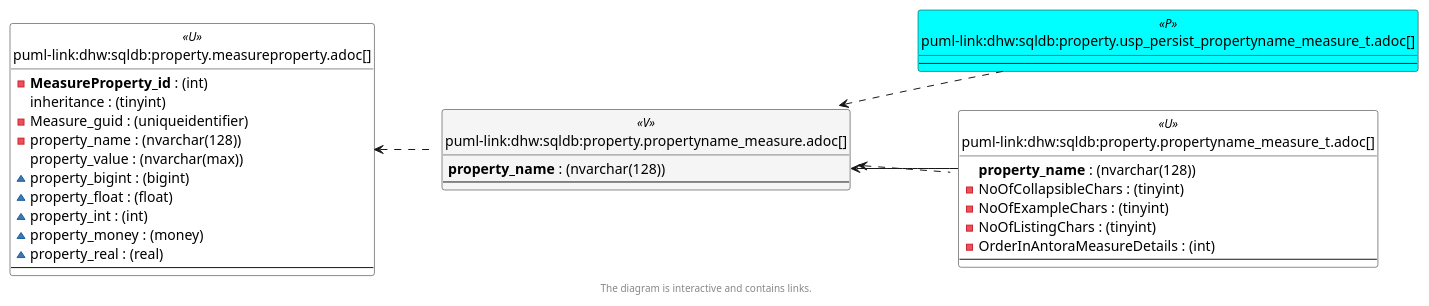
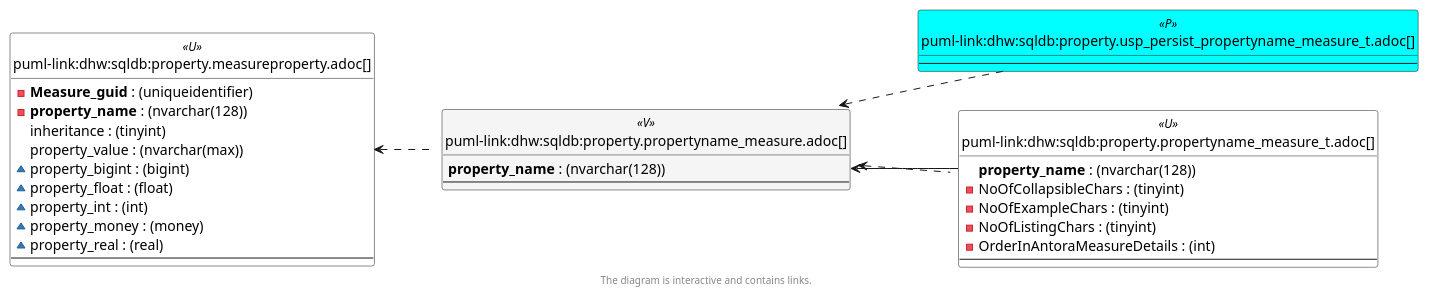
One commit to DataHandwerk/dhw-antora-sqldb changed the sixth of 6 diagrams in docs/modules/sqldb/partials/content/property.propertyname_measure.adoc. Above: the diagram before and after it, drawn with PlantUML. The commit also changed other lines of this file and 751 other files, not shown here.

```diff
--- a/docs/modules/sqldb/partials/content/property.propertyname_measure.adoc
+++ b/docs/modules/sqldb/partials/content/property.propertyname_measure.adoc
@@ -849,71 +851,70 @@
 [plantuml, entity_1_1_colref-{docname}, svg, subs=macros]
 ....
 @startuml
 left to right direction
 'top to bottom direction
 hide circle
 'avoide "." issues:
 set namespaceSeparator none
 
 
 skinparam class {
   BackgroundColor White
   BackgroundColor<<FN>> Yellow
   BackgroundColor<<FS>> Yellow
   BackgroundColor<<FT>> LightGray
   BackgroundColor<<IF>> Yellow
   BackgroundColor<<IS>> Yellow
   BackgroundColor<<P>>  Aqua
   BackgroundColor<<PC>> Aqua
   BackgroundColor<<SN>> Yellow
   BackgroundColor<<SO>> SlateBlue
   BackgroundColor<<TF>> LightGray
   BackgroundColor<<TR>> Tomato
   BackgroundColor<<U>>  White
   BackgroundColor<<V>>  WhiteSmoke
   BackgroundColor<<X>>  Aqua
   BackgroundColor<<external>> AliceBlue
 }
 
 
 entity "puml-link:dhw:sqldb:property.measureproperty.adoc[]" as property.MeasureProperty << U >> {
-  - **MeasureProperty_id** : (int)
+  - **Measure_guid** : (uniqueidentifier)
+  - **property_name** : (nvarchar(128))
   inheritance : (tinyint)
-  - Measure_guid : (uniqueidentifier)
-  - property_name : (nvarchar(128))
   property_value : (nvarchar(max))
   ~ property_bigint : (bigint)
   ~ property_float : (float)
   ~ property_int : (int)
   ~ property_money : (money)
   ~ property_real : (real)
   --
 }
 
 entity "puml-link:dhw:sqldb:property.propertyname_measure.adoc[]" as property.PropertyName_Measure << V >> {
   **property_name** : (nvarchar(128))
   --
 }
 
 entity "puml-link:dhw:sqldb:property.propertyname_measure_t.adoc[]" as property.PropertyName_Measure_T << U >> {
   **property_name** : (nvarchar(128))
   - NoOfCollapsibleChars : (tinyint)
   - NoOfExampleChars : (tinyint)
   - NoOfListingChars : (tinyint)
   - OrderInAntoraMeasureDetails : (int)
   --
 }
 
 entity "puml-link:dhw:sqldb:property.usp_persist_propertyname_measure_t.adoc[]" as property.usp_PERSIST_PropertyName_Measure_T << P >> {
   --
 }
 
 property.MeasureProperty <.. property.PropertyName_Measure
 property.PropertyName_Measure <.. property.PropertyName_Measure_T
 property.PropertyName_Measure <.. property.usp_PERSIST_PropertyName_Measure_T
 "property.PropertyName_Measure::property_name" <-- "property.PropertyName_Measure_T::property_name"
 
 footer The diagram is interactive and contains links.
 
 @enduml
 ....
```
